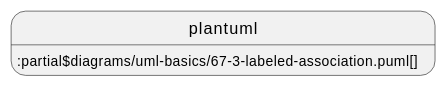
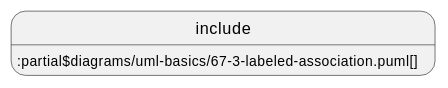
One commit to acplt/aas-specs changed the sixth of 24 diagrams in documentation/IDTA-01001/modules/ROOT/pages/annex/uml.adoc. Above: the diagram before and after it, drawn with PlantUML. The commit also changed other lines of this file and 14 other files, not shown here.

First line of the commit message:
Revert "Use plantuml instead of include and test ./"

```diff
--- a/documentation/IDTA-01001/modules/ROOT/pages/annex/uml.adoc
+++ b/documentation/IDTA-01001/modules/ROOT/pages/annex/uml.adoc
@@ -106,4 +106,4 @@
 [plantuml, 67-3-labeled-association, svg]
 ....
-plantuml::partial$diagrams/uml-basics/67-3-labeled-association.puml[]
+include::partial$diagrams/uml-basics/67-3-labeled-association.puml[]
 ....
```
